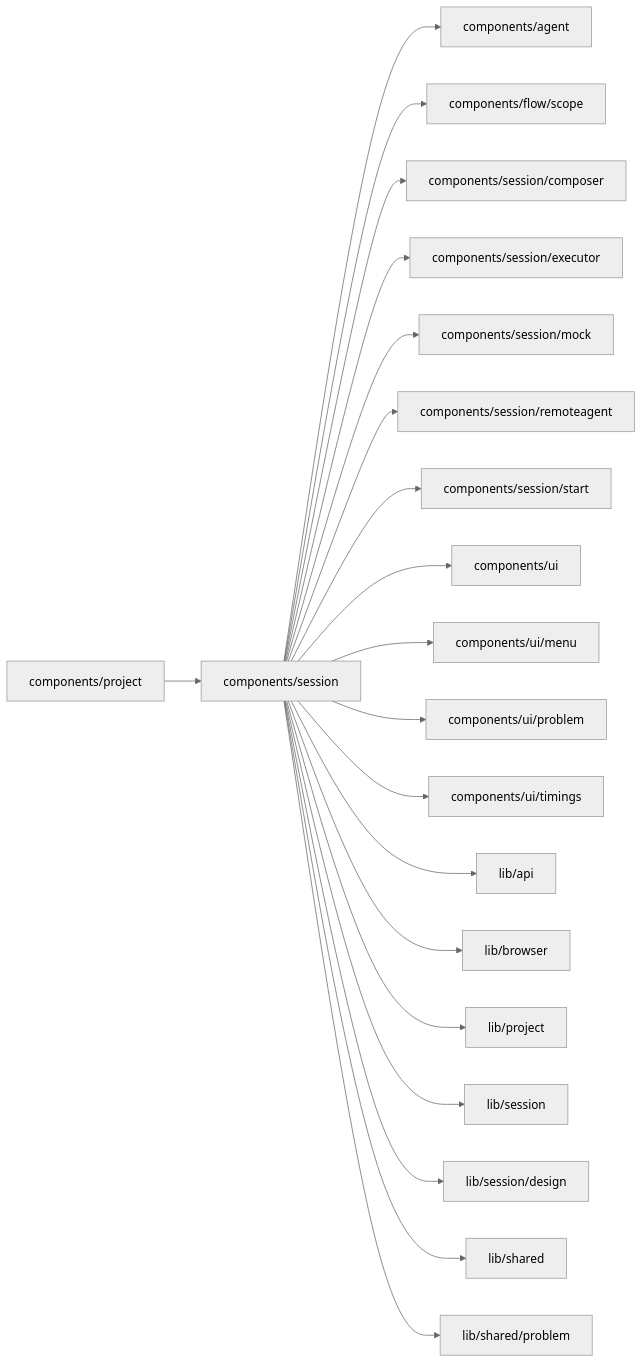
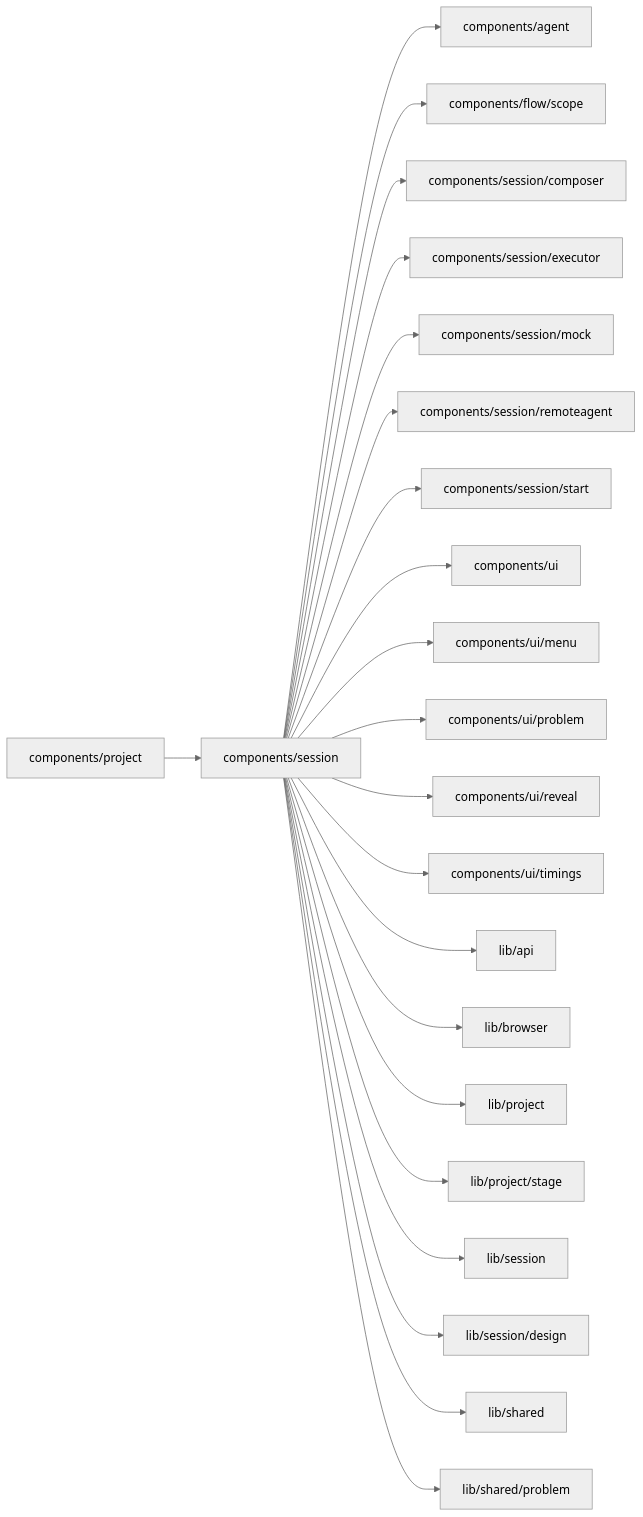
One commit to superdurable/superverse changed the diagram in web/studio/components/session/README.md. Above: the diagram before and after it, drawn with Mermaid (neutral theme). The commit also changed other lines of this file and 278 other files, not shown here.

````diff
--- a/web/studio/components/session/README.md
+++ b/web/studio/components/session/README.md
@@ -10,23 +10,25 @@
 ```mermaid
 flowchart LR
   self["components/session"]
   c0["components/project"] --> self
   self --> d0["components/agent"]
   self --> d1["components/flow/scope"]
   self --> d2["components/session/composer"]
   self --> d3["components/session/executor"]
   self --> d4["components/session/mock"]
   self --> d5["components/session/remoteagent"]
   self --> d6["components/session/start"]
   self --> d7["components/ui"]
   self --> d8["components/ui/menu"]
   self --> d9["components/ui/problem"]
-  self --> d10["components/ui/timings"]
-  self --> d11["lib/api"]
-  self --> d12["lib/browser"]
-  self --> d13["lib/project"]
-  self --> d14["lib/session"]
-  self --> d15["lib/session/design"]
-  self --> d16["lib/shared"]
-  self --> d17["lib/shared/problem"]
+  self --> d10["components/ui/reveal"]
+  self --> d11["components/ui/timings"]
+  self --> d12["lib/api"]
+  self --> d13["lib/browser"]
+  self --> d14["lib/project"]
+  self --> d15["lib/project/stage"]
+  self --> d16["lib/session"]
+  self --> d17["lib/session/design"]
+  self --> d18["lib/shared"]
+  self --> d19["lib/shared/problem"]
 ```
````
